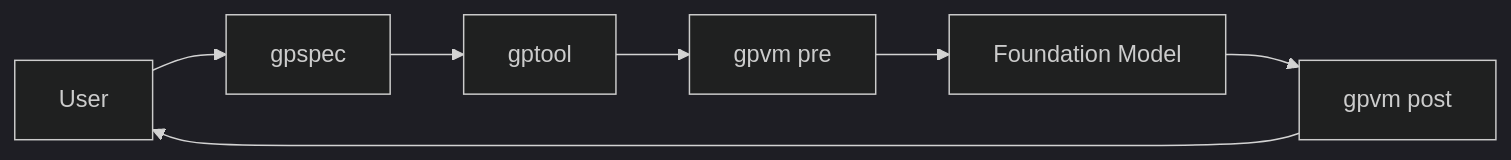
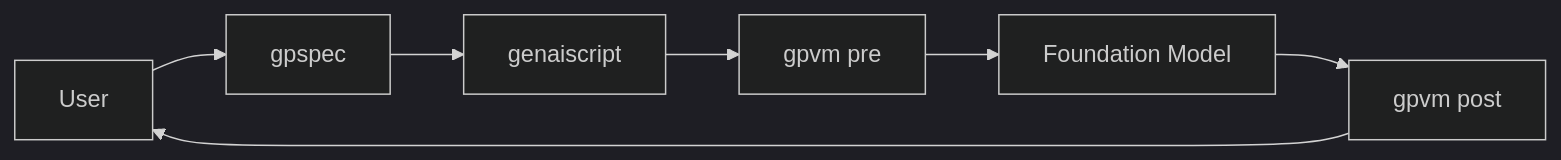
Before and after one commit to microsoft/genaiscript: the first of 3 diagrams in packages/whitepaper/gptools-wp.diagrams.md, drawn with Mermaid (dark theme). The commit also changed other lines of this file and 31 other files, not shown here.

````diff
--- a/packages/whitepaper/gptools-wp.diagrams.md
+++ b/packages/whitepaper/gptools-wp.diagrams.md
@@ -3,9 +3,9 @@
 ```mermaid
 graph LR
 F[User] --> G[gpspec]
-G --> A[gptool]
+G --> A[genaiscript]
 A --> C[gpvm pre]
 C --> D[Foundation Model]
 D --> E[gpvm post]
 E --> F[User]
 ```
````
